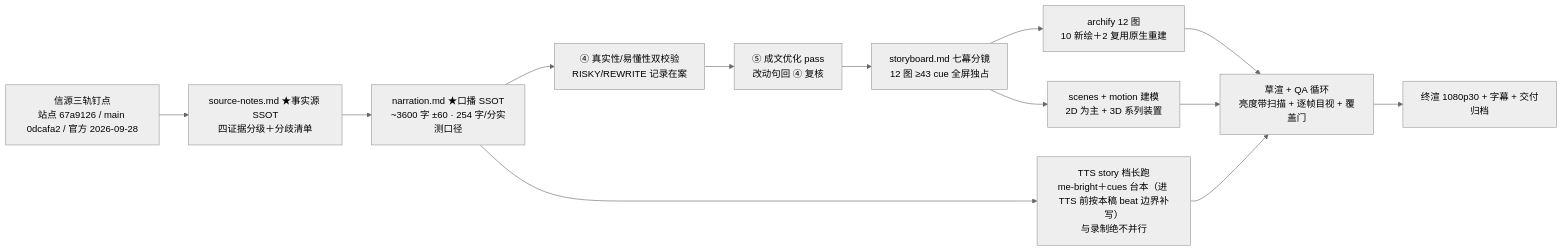
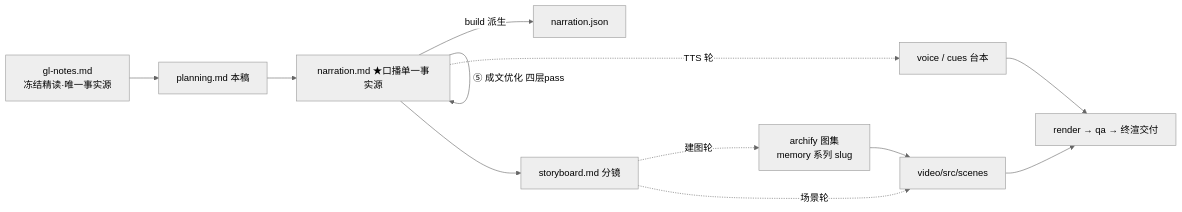
Before and after one commit to ThreeFish-AI/negentropy: the diagram in apps/negentropy-influence/episodes/claude-code-memory-video/script/planning.md, drawn with Mermaid (neutral theme). The commit also changed other lines of this file and 16 other files, not shown here.

````diff
--- a/apps/negentropy-influence/episodes/claude-code-memory-video/script/planning.md
+++ b/apps/negentropy-influence/episodes/claude-code-memory-video/script/planning.md
@@ -82,13 +77,15 @@
 ```mermaid
 flowchart LR
-    A[信源三轨钉点<br/>站点 67a9126 / main 0dcafa2 / 官方 2026-09-28] --> B[source-notes.md ★事实源 SSOT<br/>四证据分级＋分歧清单]
-    B --> C[narration.md ★口播 SSOT<br/>~3600 字 ±60 · 254 字/分实测口径]
-    C --> D[④ 真实性/易懂性双校验<br/>RISKY/REWRITE 记录在案]
-    D --> E[⑤ 成文优化 pass<br/>改动句回 ④ 复核]
-    E --> F[storyboard.md 七幕分镜<br/>12 图 ≥43 cue 全屏独占]
-    F --> G[archify 12 图<br/>10 新绘＋2 复用原生重建]
-    F --> H[scenes + motion 建模<br/>2D 为主 + 3D 系列装置]
-    C --> I[TTS story 档长跑<br/>me-bright＋cues 台本（进 TTS 前按本稿 beat 边界补写）<br/>与录制绝不并行]
-    G & H & I --> J[草渲 + QA 循环<br/>亮度带扫描 + 逐帧目视 + 覆盖门]
-    J --> K[终渲 1080p30 + 字幕 + 交付归档]
+    A[gl-notes.md<br/>冻结精读·唯一事实源] --> B[planning.md 本稿]
+    B --> C[narration.md ★口播单一事实源]
+    C -->|build 派生| C2[narration.json]
+    C -->|④ 真实性+易懂性| C
+    C -->|⑤ 成文优化 四层pass| C
+    C --> D[storyboard.md 分镜]
+    D -.->|场景轮| E[video/src/scenes]
+    D -.->|建图轮| F[archify 图集<br/>memory 系列 slug]
+    C -.->|TTS 轮| G[voice / cues 台本]
+    E --> H[render → qa → 终渲交付]
+    F --> E
+    G --> H
 ```
````
